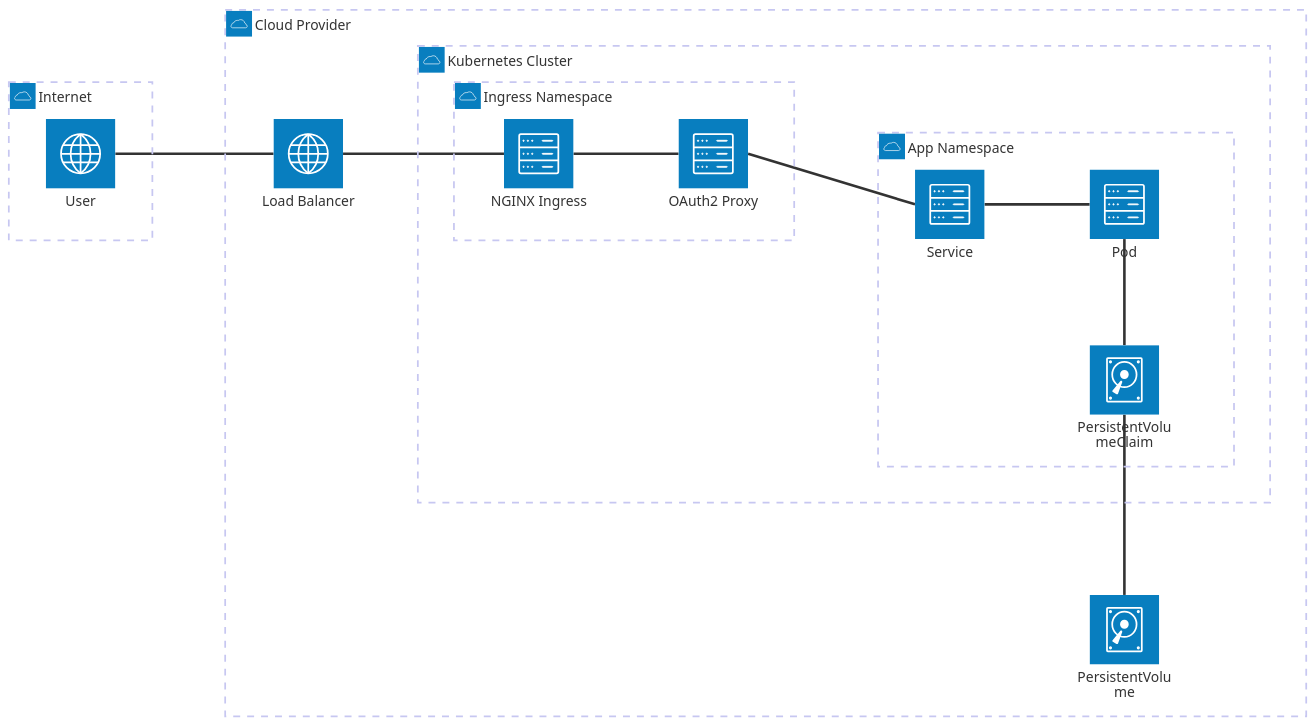
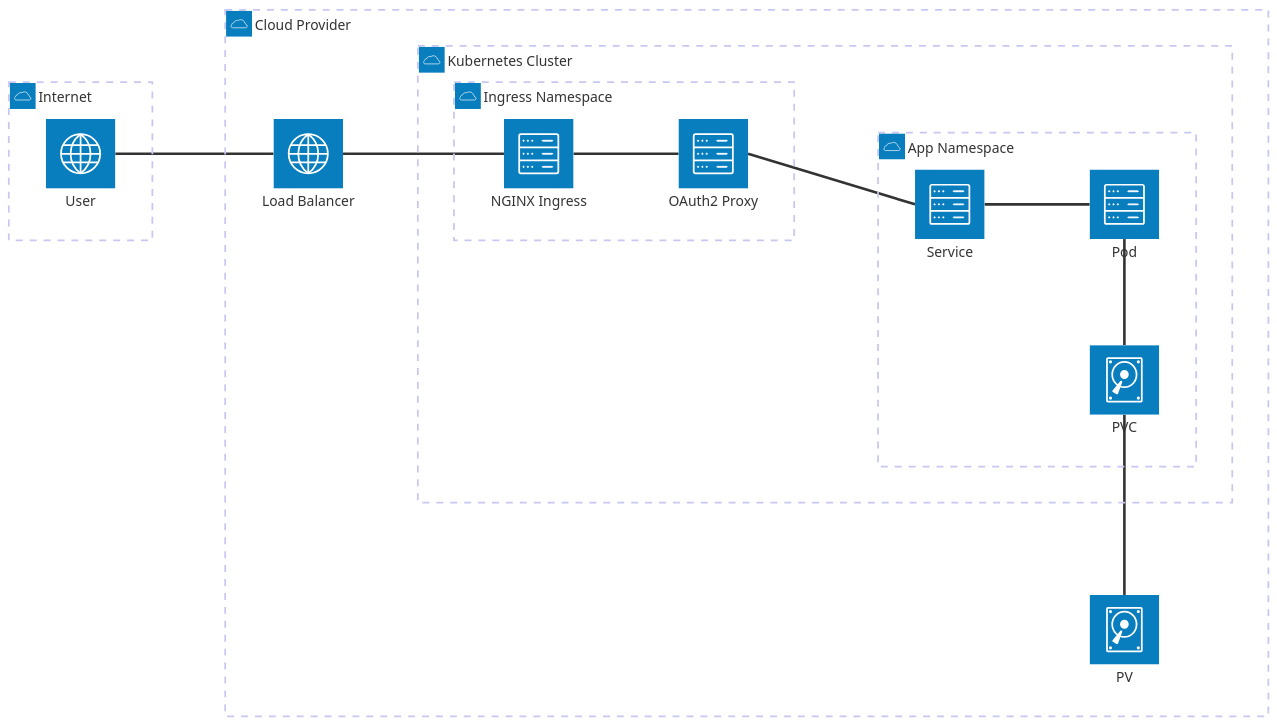
The diagram in README.md (drengskapur/ghostwire), drawn with Mermaid before and after one commit.

Commit message:
style(docs): abbreviate storage labels to PV and PVC

````diff
--- a/README.md
+++ b/README.md
@@ -84,25 +84,25 @@
 ```mermaid
 architecture-beta
     group internet(cloud)[Internet]
     group cloud(cloud)[Cloud Provider]
     group k8s(cloud)[Kubernetes Cluster] in cloud
     group ns_infra(cloud)[Ingress Namespace] in k8s
     group ns_app(cloud)[App Namespace] in k8s
 
     service user(internet)[User] in internet
     service lb(internet)[Load Balancer] in cloud
     service ingress(server)[NGINX Ingress] in ns_infra
     service oauth(server)[OAuth2 Proxy] in ns_infra
     service svc(server)[Service] in ns_app
     service pod(server)[Pod] in ns_app
-    service pv(disk)[PersistentVolume] in cloud
-    service pvc(disk)[PersistentVolumeClaim] in ns_app
+    service pv(disk)[PV] in cloud
+    service pvc(disk)[PVC] in ns_app
 
     user:R -- L:lb
     lb:R -- L:ingress
     ingress:R -- L:oauth
     oauth:R -- L:svc
     svc:R -- L:pod
     pod:B -- T:pvc
     pvc:B -- T:pv
 ```
````
